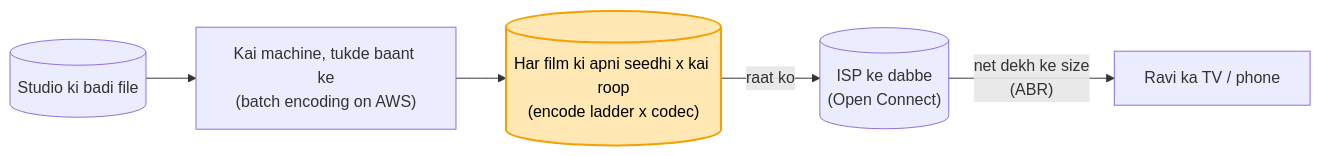
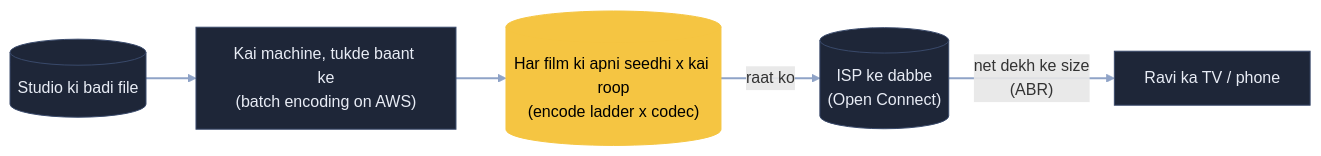
One commit to ArpanMaheshwari144/Prep changed the third of 7 diagrams in 04_HLD/SYSTEM_DESIGNS/18_netflix/18_netflix.md. Above: the diagram before and after it, drawn with Mermaid. The commit also changed other lines of this file and 14 other files, not shown here.

Commit message:
HLD: 14 design ke FR/NFR kadmon se milaye (pakke vaade me sach wali shart, chhoote kadam jode); Netflix diagram naye andaaz me

````diff
--- a/04_HLD/SYSTEM_DESIGNS/18_netflix/18_netflix.md
+++ b/04_HLD/SYSTEM_DESIGNS/18_netflix/18_netflix.md
@@ -90,8 +96,11 @@
 ```mermaid
 flowchart LR
     F[("Studio ki badi file")] --> W["Kai machine, tukde baant ke<br/>(batch encoding on AWS)"]
     W --> L[("Har film ki apni seedhi x kai roop<br/>(encode ladder x codec)")]
     L -- "raat ko" --> B[("ISP ke dabbe<br/>(Open Connect)")]
     B -- "net dekh ke size<br/>(ABR)" --> R["Ravi ka TV / phone"]
-    style L fill:#ffe8b3,stroke:#f59f00,stroke-width:2px,color:#000
+    class L hl
+    classDef default fill:#1e2638,stroke:#3a4a6b,color:#e8ecf5
+    classDef hl fill:#f5c542,stroke:#f5c542,color:#000
+    linkStyle default stroke:#8fa3c7,stroke-width:2px
 ```
````
